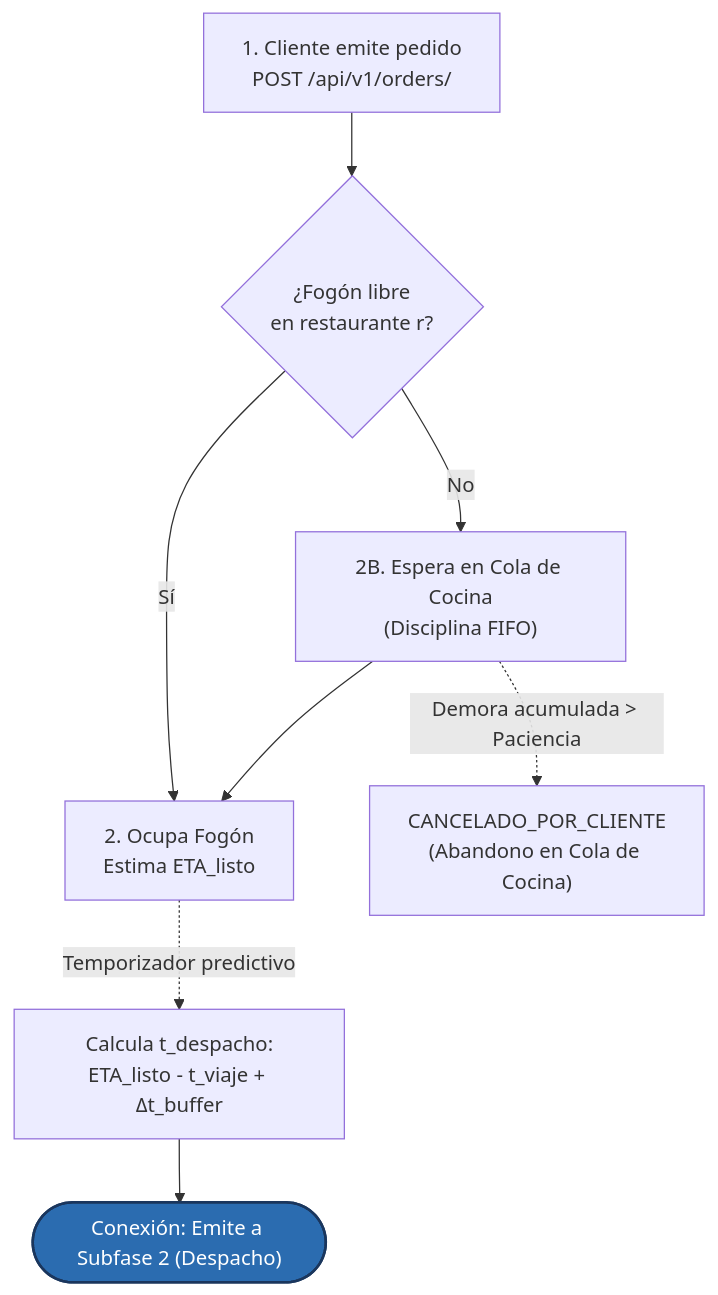
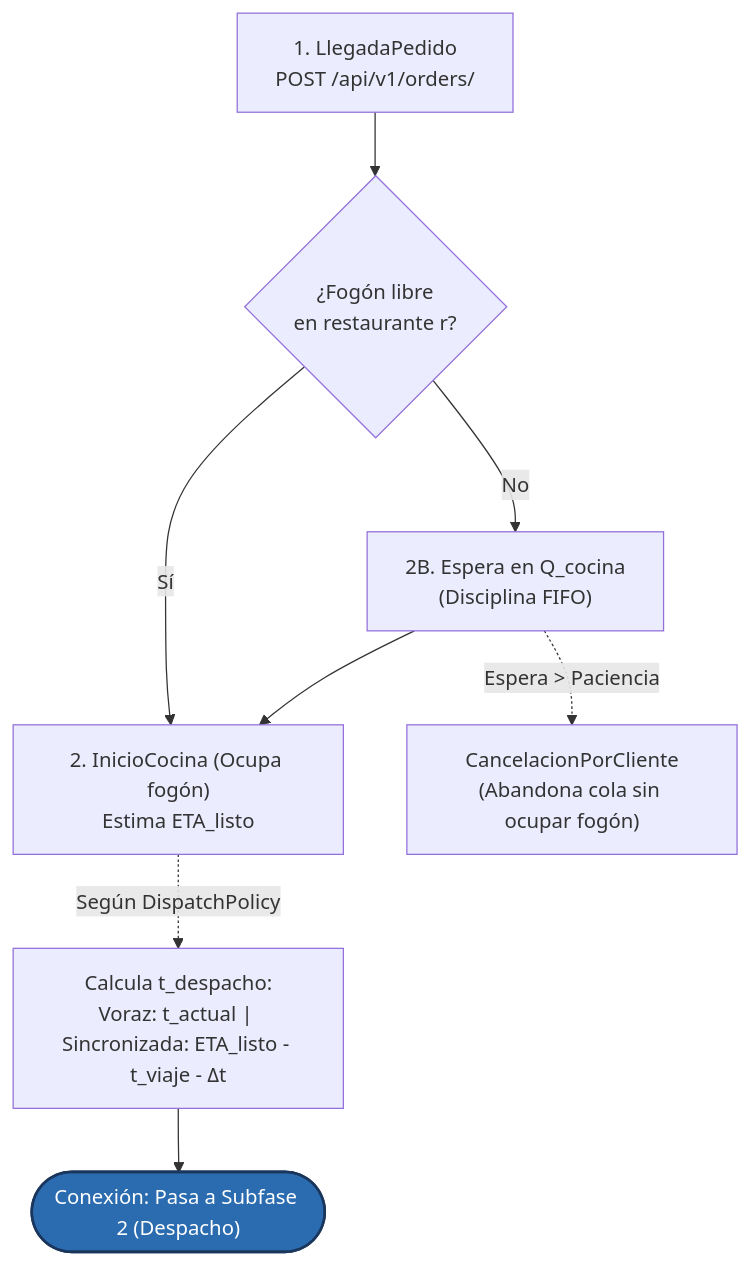
One commit to Juancho432/quickdelivery-sim changed the third of 6 diagrams in docs/Planteamiento_Proyecto.md. Above: the diagram before and after it, drawn with Mermaid. The commit also changed other lines of this file and 3 other files, not shown here.

````diff
--- a/docs/Planteamiento_Proyecto.md
+++ b/docs/Planteamiento_Proyecto.md
@@ -361,13 +344,13 @@
 ```mermaid
 flowchart TD
-    P1["1. Cliente emite pedido\nPOST /api/v1/orders/"] --> P2{"¿Fogón libre\nen restaurante r?"}
-    P2 -- Sí --> P3["2. Ocupa Fogón\nEstima ETA_listo"]
-    P2 -- No --> P2B["2B. Espera en Cola de Cocina\n(Disciplina FIFO)"]
+    P1["1. LlegadaPedido\nPOST /api/v1/orders/"] --> P2{"¿Fogón libre\nen restaurante r?"}
+    P2 -- Sí --> P3["2. InicioCocina (Ocupa fogón)\nEstima ETA_listo"]
+    P2 -- No --> P2B["2B. Espera en Q_cocina\n(Disciplina FIFO)"]
     P2B --> P3
-    P2B -.->|Demora acumulada > Paciencia| CANC_COC["CANCELADO_POR_CLIENTE\n(Abandono en Cola de Cocina)"]
+    P2B -.->|Espera > Paciencia| CANC_COC["CancelacionPorCliente\n(Abandona cola sin ocupar fogón)"]
 
-    P3 -.->|Temporizador predictivo| SYNC["Calcula t_despacho:\nETA_listo - t_viaje + Δt_buffer"]
-    SYNC --> FASE_B(["Conexión: Emite a Subfase 2 (Despacho)"]):::sublink
+    P3 -.->|Según DispatchPolicy| SYNC["Calcula t_despacho:\nVoraz: t_actual | Sincronizada: ETA_listo - t_viaje - Δt"]
+    SYNC --> FASE_B(["Conexión: Pasa a Subfase 2 (Despacho)"]):::sublink
 
     classDef sublink fill:#2b6cb0,stroke:#1a365d,stroke-width:2px,color:#fff;
 ```
````
